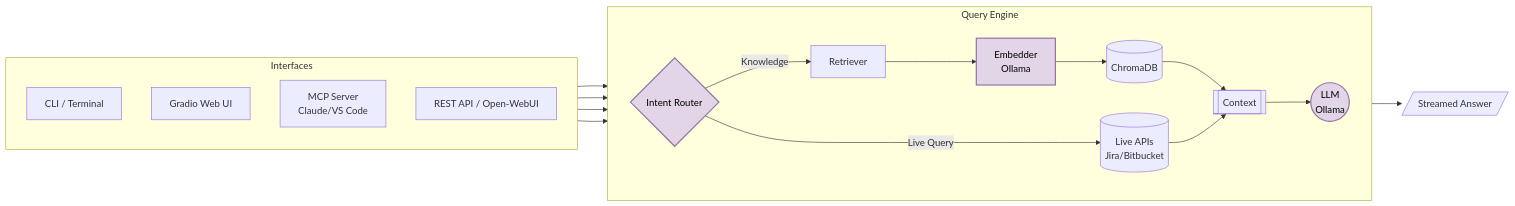
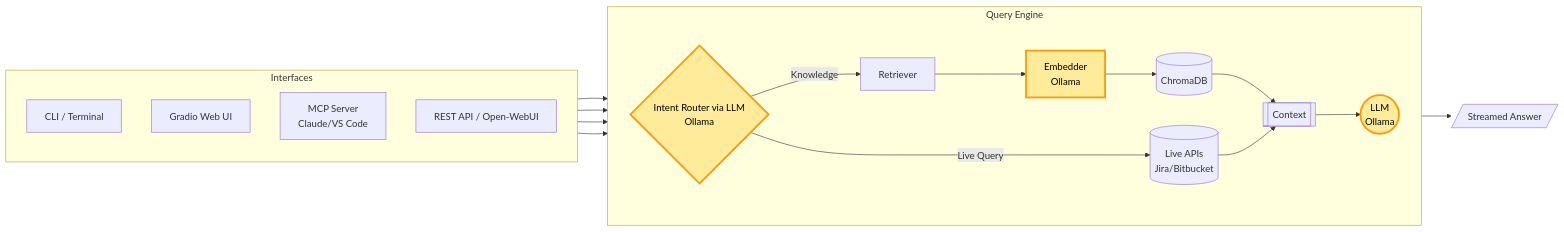
Before and after one commit to r-xue/ragdoll: the second of 2 diagrams in docs/architecture.md, drawn with Mermaid. The commit also changed other lines of this file and 1 other file, not shown here.

Commit message:
docs: highlight AI components and explain AST-aware chunking
* Style AI-driven nodes (Embedder, LLM, Intent Router) in amber/gold
* Label Intent Router with "via LLM / Ollama" in query diagram
* Compact query engine edge definitions for readability
* Expand AST-aware chunking explanation in architecture and data-sources

````diff
--- a/docs/architecture.md
+++ b/docs/architecture.md
@@ -42,41 +42,36 @@
 ```{mermaid}
 graph LR
-    classDef ai fill:#e1d5e7,stroke:#9673a6,stroke-width:2px,color:#000;
+    classDef ai fill:#ffeb99,stroke:#ff9900,stroke-width:3px,color:#000;
 
     subgraph Interfaces
         direction TB
         CLI[CLI / Terminal]
         WEB[Gradio Web UI]
         MCP[MCP Server<br/>Claude/VS Code]
         API[REST API / Open-WebUI]
     end
 
     subgraph Query Engine
         direction LR
-        ROUTER{Intent Router}
+        ROUTER{Intent Router via LLM<br/>Ollama}
         RET[Retriever]
         EMB[Embedder<br/>Ollama]
         DB[(ChromaDB)]
         LIVE[(Live APIs<br/>Jira/Bitbucket)]
         CTX[[Context]]
         LLM((LLM<br/>Ollama))
     end
 
     CLI --> ROUTER
     WEB --> ROUTER
     MCP --> ROUTER
     API --> ROUTER
 
     ROUTER -->|Knowledge| RET
-    RET --> EMB
-    EMB --> DB
-    DB --> CTX
-    
-    ROUTER -->|Live Query| LIVE
-    LIVE --> CTX
+    RET --> EMB --> DB --> CTX
+    ROUTER -->|Live Query| LIVE --> CTX
 
-    CTX --> LLM
-    LLM --> OUT[/Streamed Answer/]
+    CTX --> LLM --> OUT[/Streamed Answer/]
 
     class EMB,LLM,ROUTER ai;
 ```
````
